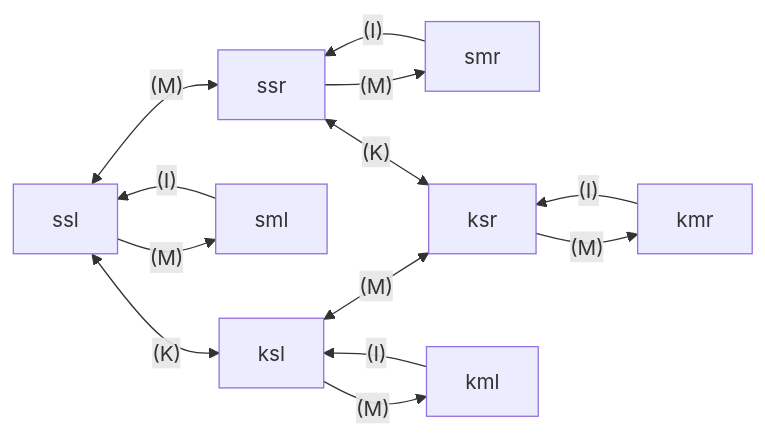
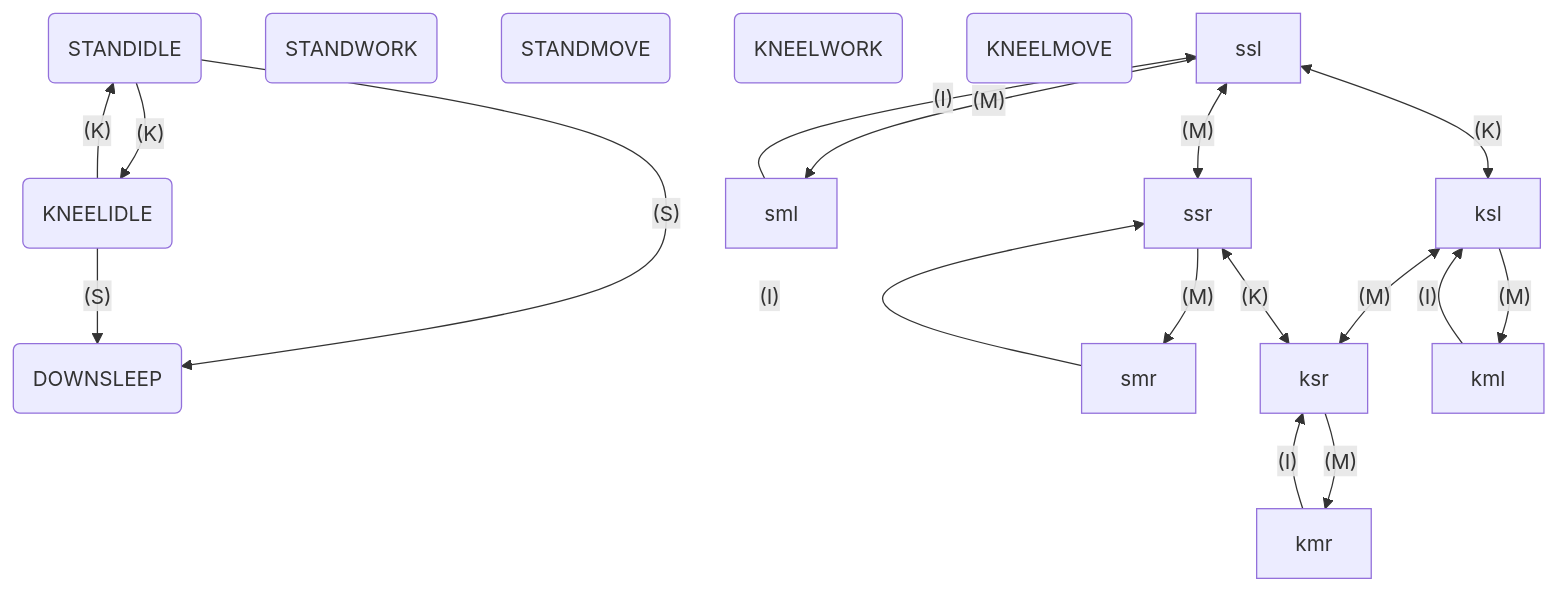
One commit to LKSLukeStrike/TIC-Projects changed the first of 3 diagrams in Nitcha/doc/states.md. Above: the diagram before and after it, drawn with Mermaid. The commit also changed 1 other file, not shown here.

Commit message:
Wip state, etc

`````diff
--- a/Nitcha/doc/states.md
+++ b/Nitcha/doc/states.md
@@ -8,16 +8,29 @@
 ````mermaid
-flowchart LR
+flowchart TB
+    ssi(STANDIDLE)
+    ssw(STANDWORK)
+    ssm(STANDMOVE)
+    ski(KNEELIDLE)
+    skw(KNEELWORK)
+    skm(KNEELMOVE)
+    sds(DOWNSLEEP)
+
+    ssi--(K)-->ski
+    ski--(K)-->ssi
+    ssi--(S)-->sds
+    ski--(S)-->sds
+
     ssl<--(M)-->ssr
     ssl--(M)-->sml
     sml--(I)-->ssl
     ssr--(M)-->smr
     smr--(I)-->ssr
     ksl<--(M)-->ksr
-    
+
     ksl--(M)-->kml
     kml--(I)-->ksl
     ksr--(M)-->kmr
     kmr--(I)-->ksr
     ssl<--(K)-->ksl
     ssr<--(K)-->ksr
 ````
`````
